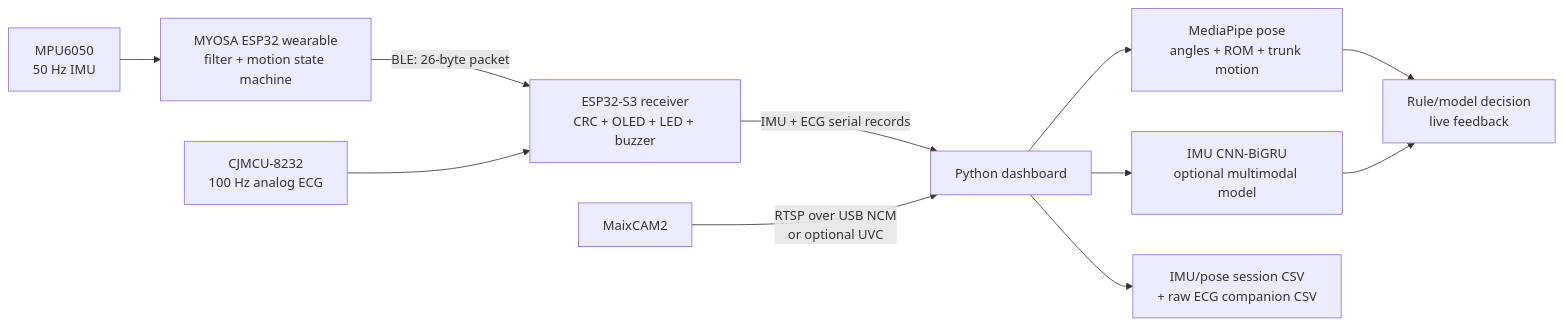
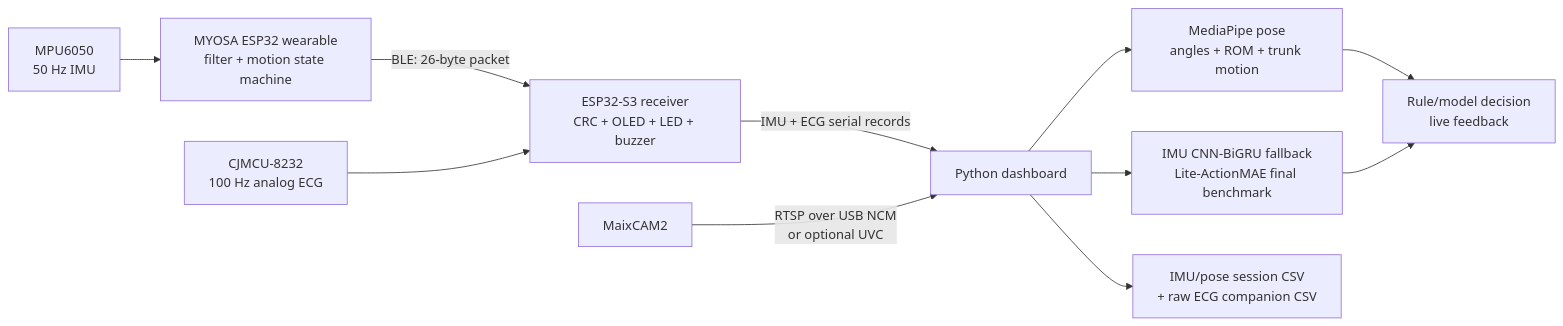
The diagram in README.md (ydh0411/lite-rehab-mvp), drawn with Mermaid before and after one commit. The commit also changed other lines of this file and 5 other files, not shown here.

Commit message:
docs: select Lite-ActionMAE as final benchmark model

````diff
--- a/README.md
+++ b/README.md
@@ -55,13 +70,13 @@
 ```mermaid
 flowchart LR
     MPU["MPU6050<br/>50 Hz IMU"] --> WEAR["MYOSA ESP32 wearable<br/>filter + motion state machine"]
     WEAR -->|"BLE: 26-byte packet"| RECV["ESP32-S3 receiver<br/>CRC + OLED + LED + buzzer"]
     ECG["CJMCU-8232<br/>100 Hz analog ECG"] --> RECV
     RECV -->|"IMU + ECG serial records"| DASH["Python dashboard"]
     CAM["MaixCAM2"] -->|"RTSP over USB NCM<br/>or optional UVC"| DASH
     DASH --> POSE["MediaPipe pose<br/>angles + ROM + trunk motion"]
-    DASH --> MODEL["IMU CNN-BiGRU<br/>optional multimodal model"]
+    DASH --> MODEL["IMU CNN-BiGRU fallback<br/>Lite-ActionMAE final benchmark"]
     POSE --> FUSE["Rule/model decision<br/>live feedback"]
     MODEL --> FUSE
     DASH --> LOG["IMU/pose session CSV<br/>+ raw ECG companion CSV"]
 ```
````
